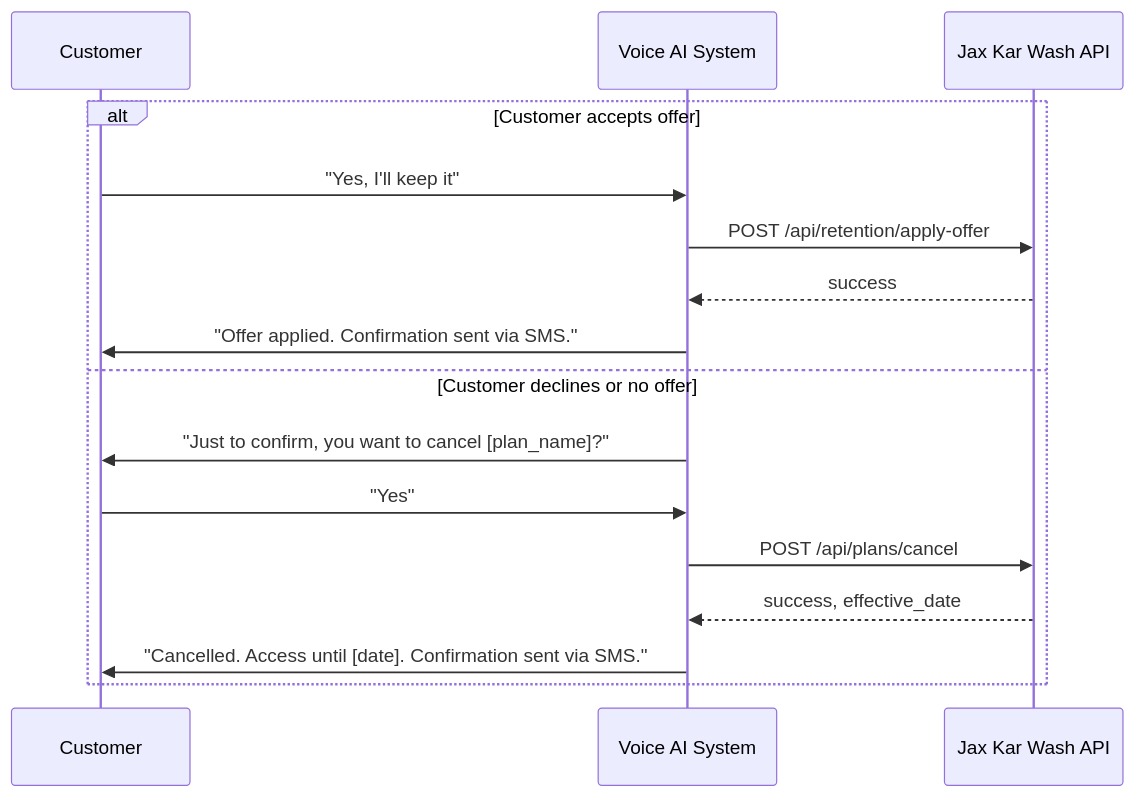
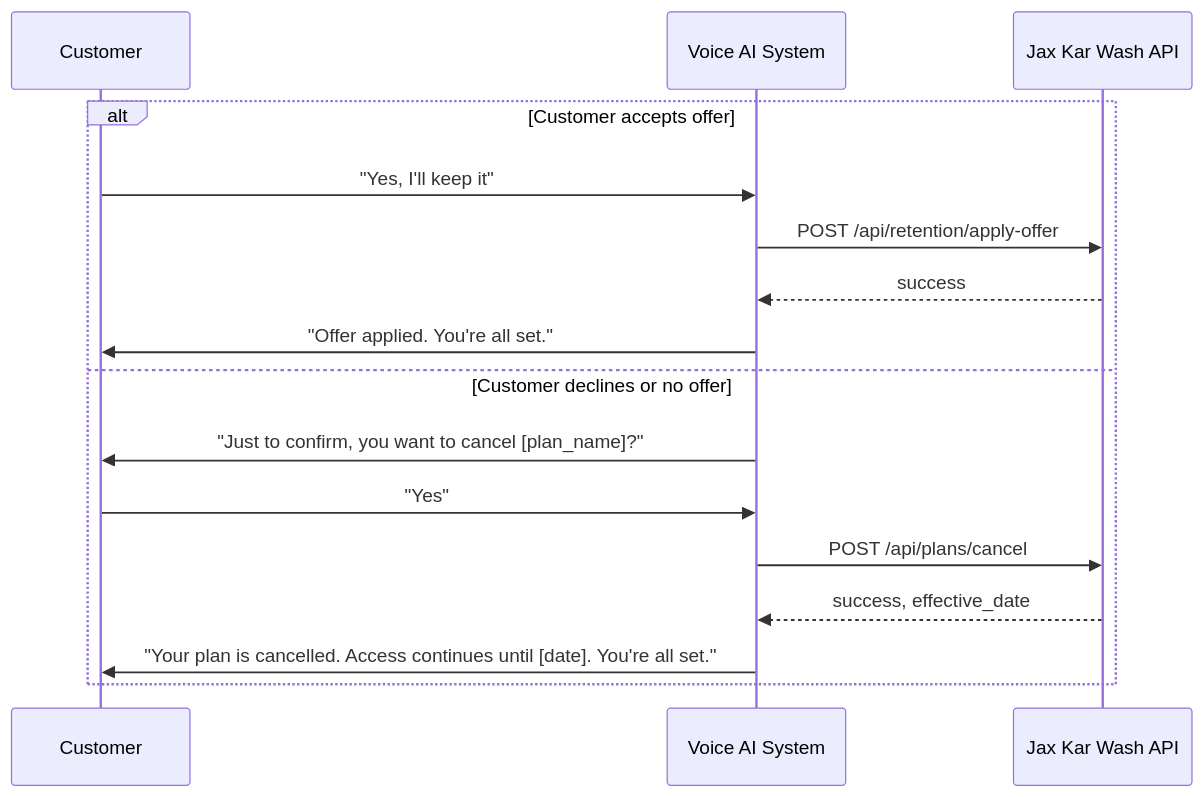
One commit to HelloWash/Public changed the seventh of 12 diagrams in Jax-Kar-Wash-API-Integration–Discussion-Document.md. Above: the diagram before and after it, drawn with Mermaid. The commit also changed other lines of this file, not shown here.

Commit message:
Update cancellation and offer confirmation messages

````diff
--- a/Jax-Kar-Wash-API-Integration–Discussion-Document.md
+++ b/Jax-Kar-Wash-API-Integration–Discussion-Document.md
@@ -724,19 +723,19 @@
 ```mermaid
 sequenceDiagram
     participant Customer
     participant System as Voice AI System
     participant API as Jax Kar Wash API
 
     alt Customer accepts offer
         Customer->>System: "Yes, I'll keep it"
         System->>API: POST /api/retention/apply-offer
         API-->>System: success
-        System->>Customer: "Offer applied. Confirmation sent via SMS."
+        System->>Customer: "Offer applied. You're all set."
     else Customer declines or no offer
         System->>Customer: "Just to confirm, you want to cancel [plan_name]?"
         Customer->>System: "Yes"
         System->>API: POST /api/plans/cancel
         API-->>System: success, effective_date
-        System->>Customer: "Cancelled. Access until [date]. Confirmation sent via SMS."
+        System->>Customer: "Your plan is cancelled. Access continues until [date]. You're all set."
     end
 ```
````
